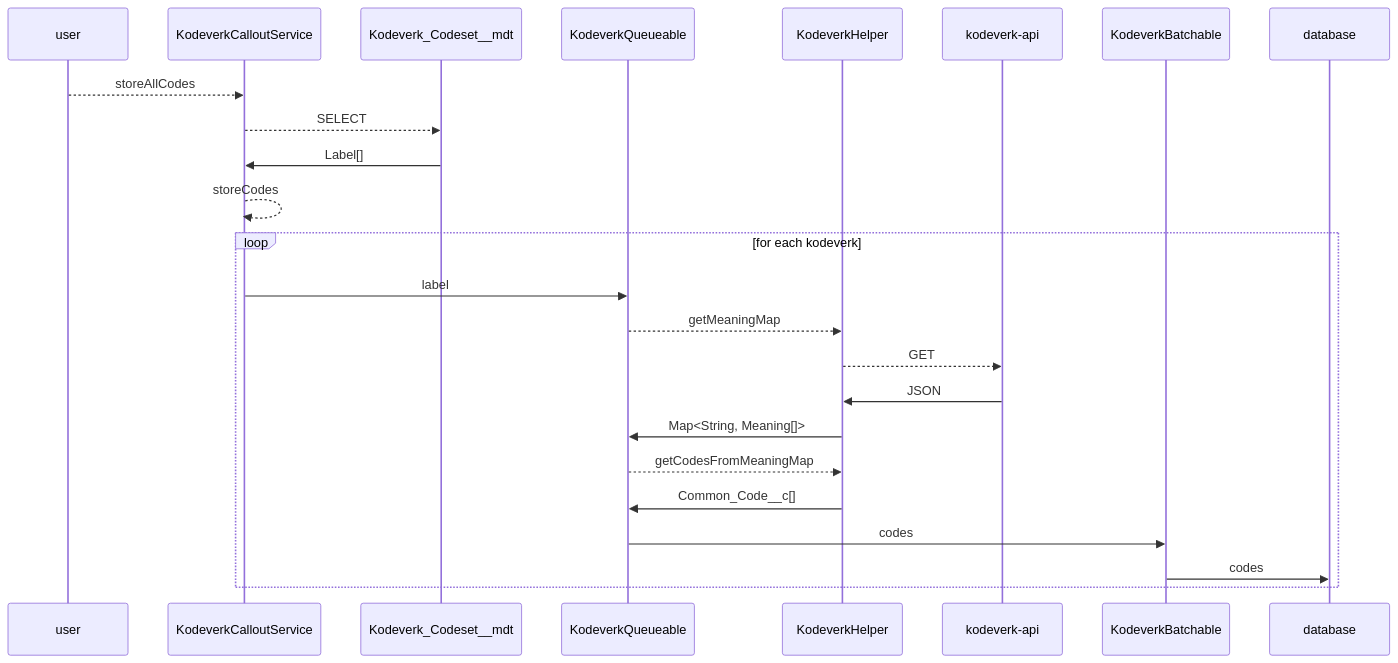
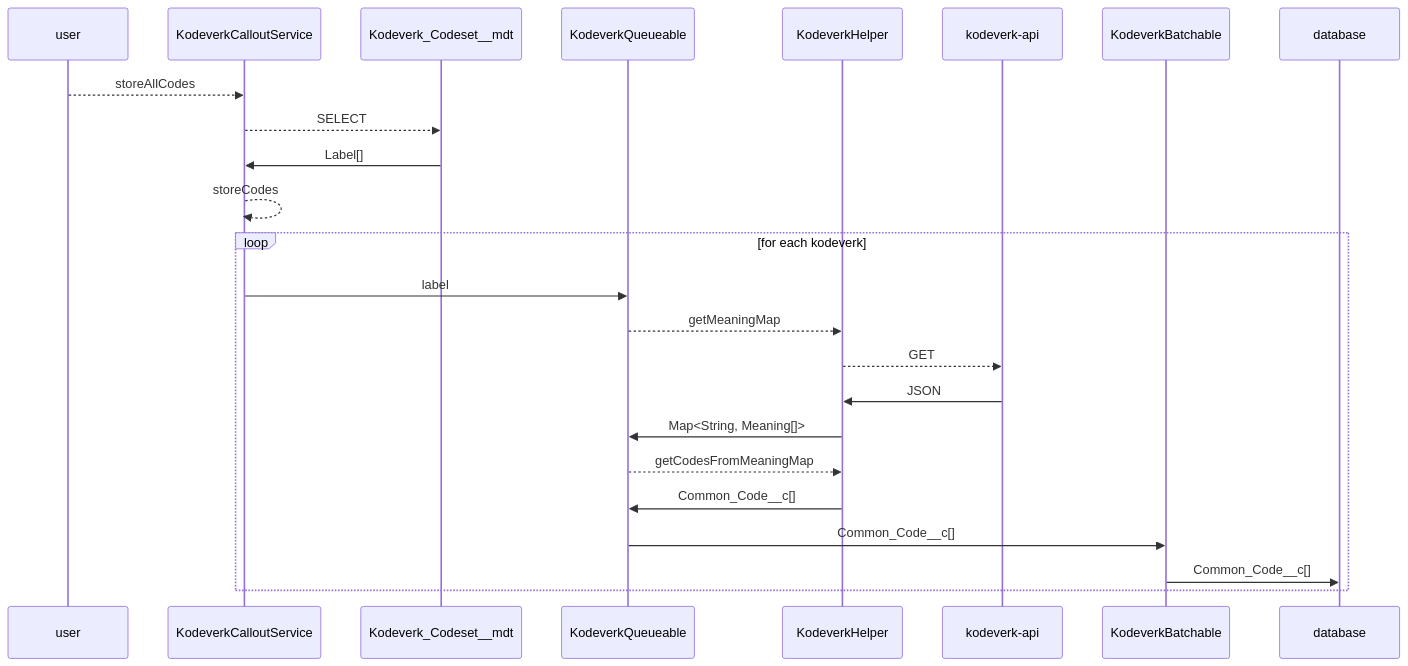
One commit to navikt/crm-platform-integration changed the second of 2 diagrams in runbooks/kodeverk/index.md. Above: the diagram before and after it, drawn with Mermaid. The commit also changed other lines of this file and 1 other file, not shown here.

````diff
--- a/runbooks/kodeverk/index.md
+++ b/runbooks/kodeverk/index.md
@@ -36,18 +41,18 @@
 ```mermaid
 sequenceDiagram
     user -->> KodeverkCalloutService: storeAllCodes
     KodeverkCalloutService -->> Kodeverk_Codeset__mdt: SELECT
     Kodeverk_Codeset__mdt ->> KodeverkCalloutService: Label[]
     KodeverkCalloutService -->> KodeverkCalloutService: storeCodes
     loop for each kodeverk
         KodeverkCalloutService ->> KodeverkQueueable: label
         KodeverkQueueable -->> KodeverkHelper: getMeaningMap
         KodeverkHelper -->> kodeverk-api: GET
         kodeverk-api ->> KodeverkHelper: JSON
         KodeverkHelper ->> KodeverkQueueable: Map<String, Meaning[]>
         KodeverkQueueable -->> KodeverkHelper: getCodesFromMeaningMap
         KodeverkHelper ->> KodeverkQueueable: Common_Code__c[]
-        KodeverkQueueable ->> KodeverkBatchable: codes
-        KodeverkBatchable ->> database: codes
+        KodeverkQueueable ->> KodeverkBatchable: Common_Code__c[]
+        KodeverkBatchable ->> database: Common_Code__c[]
     end
 ```
````
